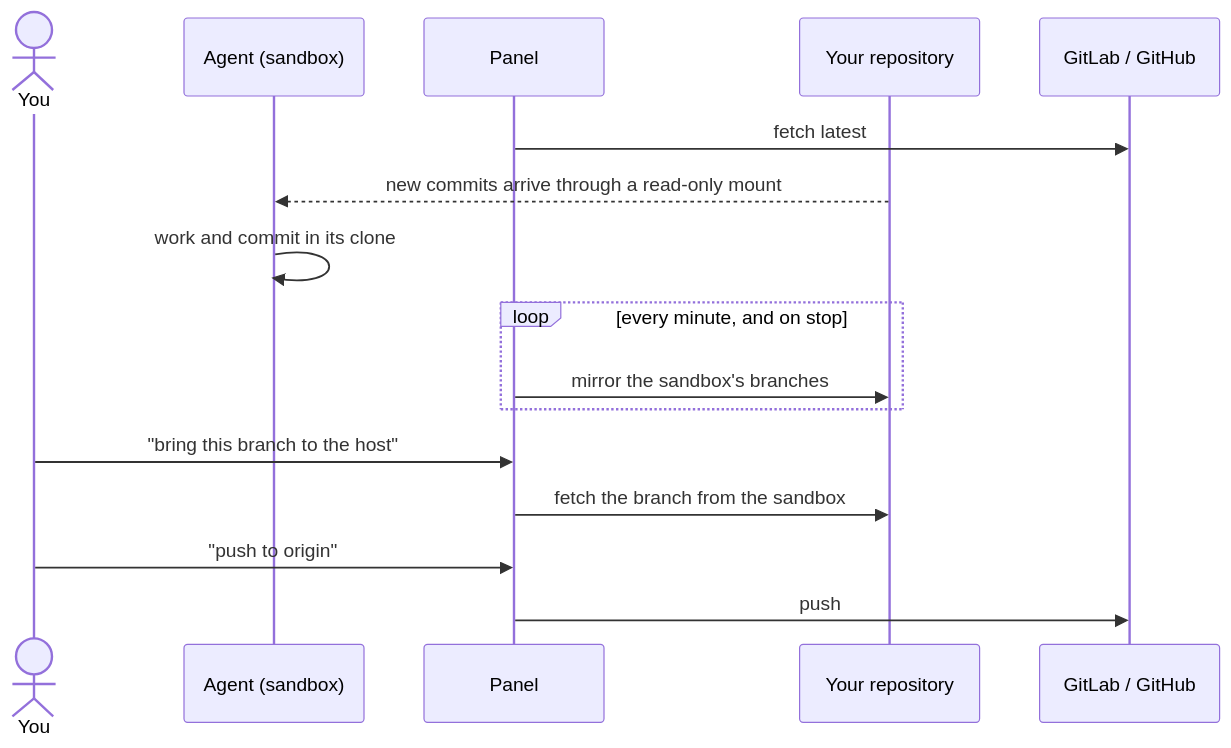
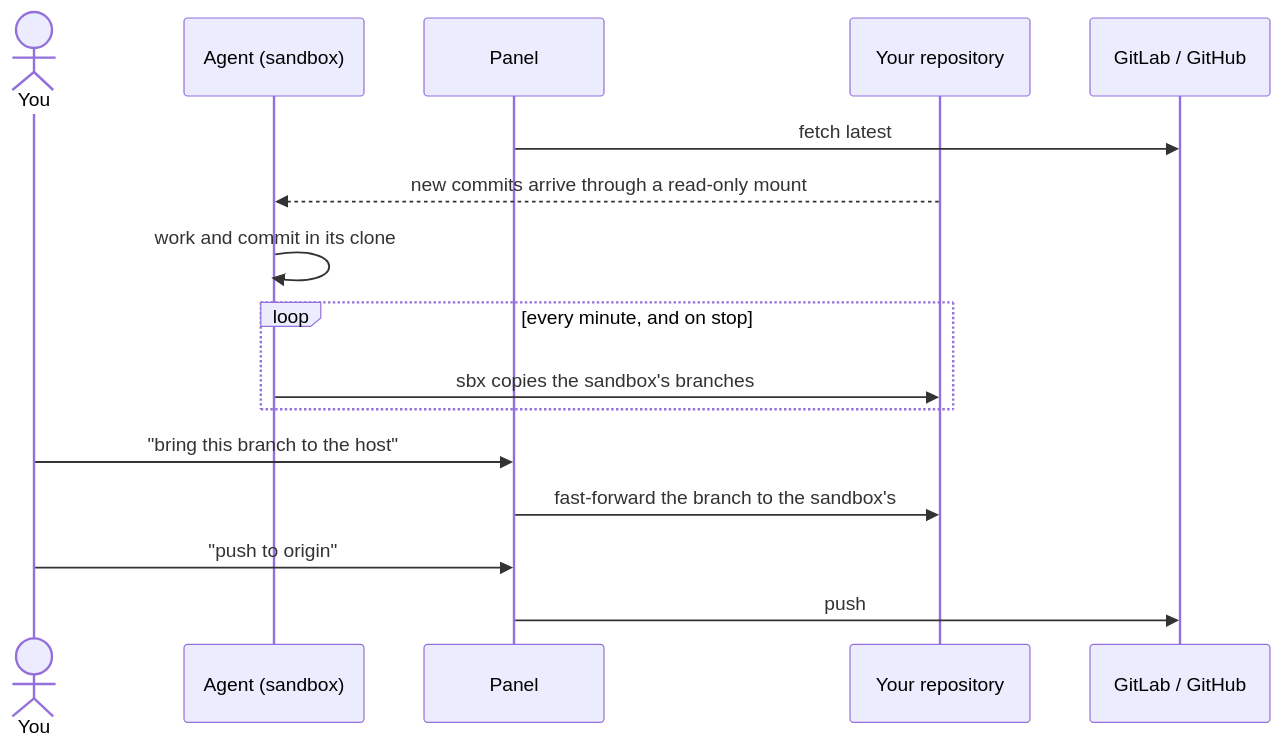
One commit to VaclavSir/makak changed the second of 4 diagrams in docs/workflow.md. Above: the diagram before and after it, drawn with Mermaid. The commit also changed other lines of this file and 21 other files, not shown here.

First line of the commit message:
Show sandbox branches against the host and origin, with Git actions (iteration 4)

````diff
--- a/docs/workflow.md
+++ b/docs/workflow.md
@@ -70,19 +70,19 @@
 ```mermaid
 sequenceDiagram
     actor You
     participant Agent as Agent (sandbox)
     participant Panel
     participant Host as Your repository
     participant Origin as GitLab / GitHub
 
     Panel->>Origin: fetch latest
     Host-->>Agent: new commits arrive through a read-only mount
     Agent->>Agent: work and commit in its clone
     loop every minute, and on stop
-        Panel->>Host: mirror the sandbox's branches
+        Agent->>Host: sbx copies the sandbox's branches
     end
     You->>Panel: "bring this branch to the host"
-    Panel->>Host: fetch the branch from the sandbox
+    Panel->>Host: fast-forward the branch to the sandbox's
     You->>Panel: "push to origin"
     Panel->>Origin: push
 ```
````
